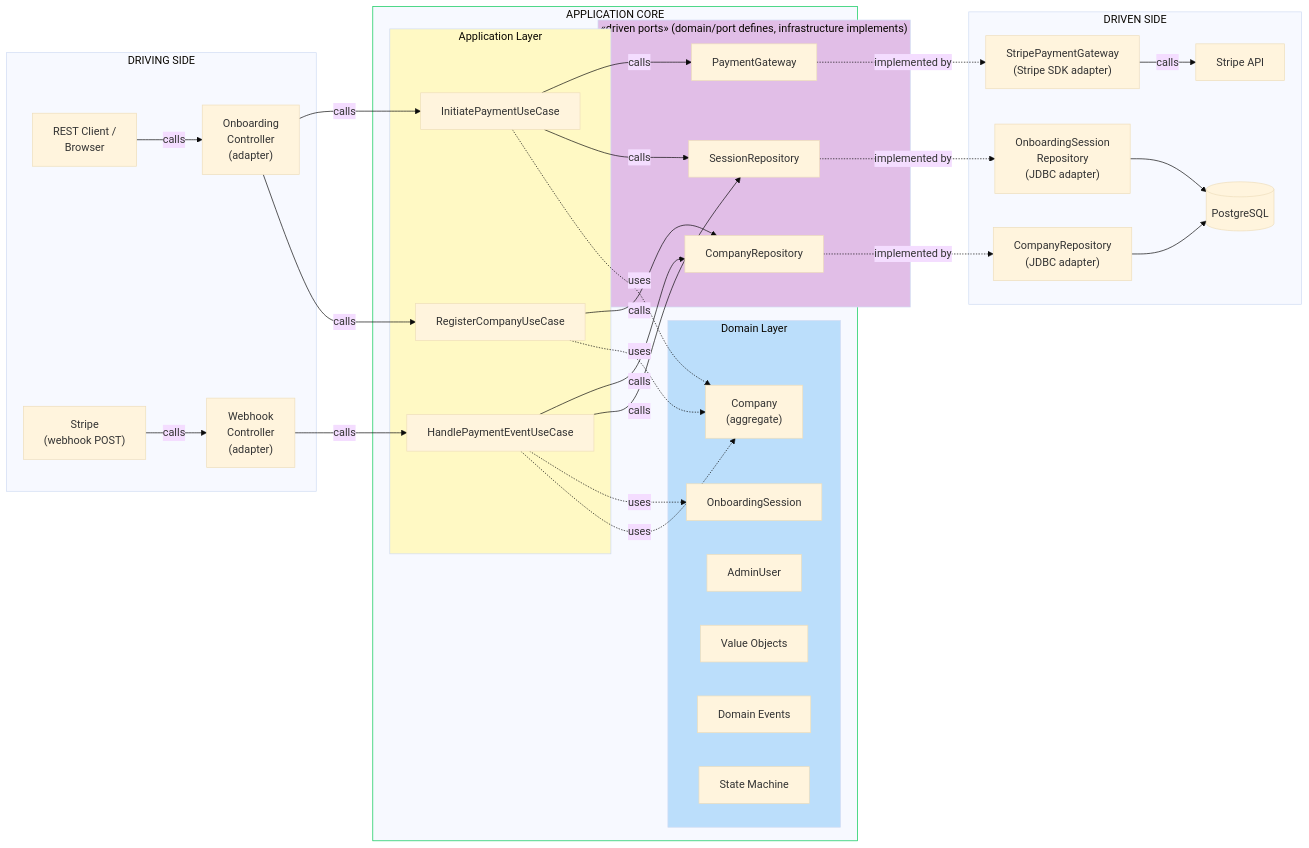
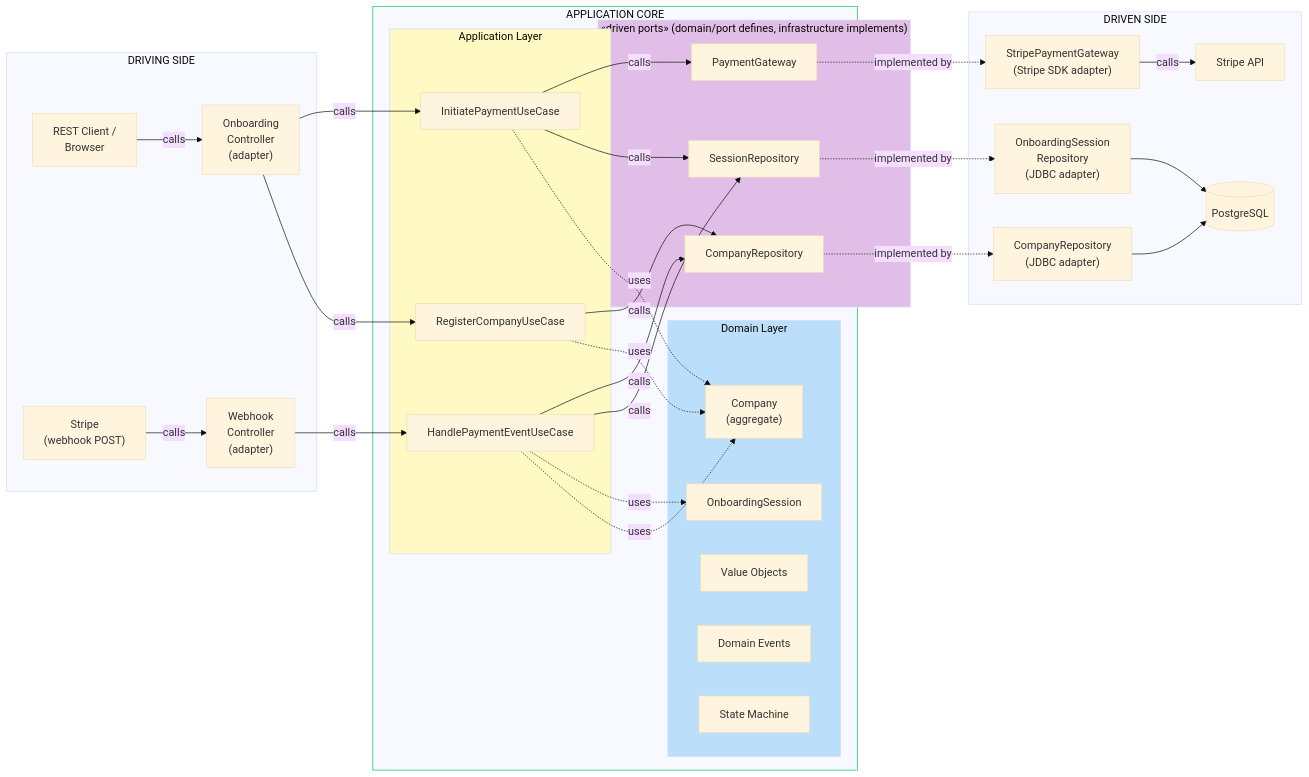
Before and after one commit to ginapaal/onboarding: the first of 2 diagrams in DESIGN.md, drawn with Mermaid (base theme). The commit also changed other lines of this file and 7 other files, not shown here.

````diff
--- a/DESIGN.md
+++ b/DESIGN.md
@@ -50,75 +49,74 @@
 ```mermaid
 flowchart LR
     subgraph drivingSide["DRIVING SIDE"]
         RestClient["REST Client /<br>Browser"]
         OnboardingCtrl["Onboarding<br>Controller<br>(adapter)"]
         WebhookCtrl["Webhook<br>Controller<br>(adapter)"]
         StripeWebhook["Stripe<br>(webhook POST)"]
     end
 
     subgraph appLayer["Application Layer"]
         RegisterUC["RegisterCompanyUseCase"]
         InitiatePaymentUC["InitiatePaymentUseCase"]
         HandlePaymentUC["HandlePaymentEventUseCase"]
     end
 
     subgraph domainLayer["Domain Layer"]
         CompanyAggregate["Company<br>(aggregate)"]
         SessionDomain["OnboardingSession"]
-        AdminUserDomain["AdminUser"]
         ValueObjects["Value Objects"]
         DomainEvents["Domain Events"]
         StateMachine["State Machine"]
     end
 
     subgraph drivenPorts["«driven ports» (domain/port defines, infrastructure implements)"]
         CompanyRepoPort["CompanyRepository"]
         SessionRepoPort["SessionRepository"]
         PaymentGateway["PaymentGateway"]
     end
 
     subgraph appCore["APPLICATION CORE"]
         appLayer
         domainLayer
         drivenPorts
     end
 
     subgraph drivenSide["DRIVEN SIDE"]
         CompanyRepoImpl["CompanyRepository<br>(JDBC adapter)"]
         SessionRepoImpl["OnboardingSession<br>Repository<br>(JDBC adapter)"]
         StripeGateway["StripePaymentGateway<br>(Stripe SDK adapter)"]
         PostgreSQL[("PostgreSQL")]
         StripeAPI["Stripe API"]
     end
 
     RestClient -- calls --> OnboardingCtrl
     StripeWebhook -- calls --> WebhookCtrl
     
     OnboardingCtrl -- calls --> RegisterUC
     OnboardingCtrl -- calls --> InitiatePaymentUC
     WebhookCtrl -- calls --> HandlePaymentUC
     
     RegisterUC -. uses .-> CompanyAggregate
     InitiatePaymentUC -. uses .-> CompanyAggregate
     HandlePaymentUC -. uses .-> CompanyAggregate
     HandlePaymentUC -. uses .-> SessionDomain
     
     RegisterUC -- calls --> CompanyRepoPort
     InitiatePaymentUC -- calls --> SessionRepoPort
     InitiatePaymentUC -- calls --> PaymentGateway
     HandlePaymentUC -- calls --> SessionRepoPort
     HandlePaymentUC -- calls --> CompanyRepoPort
     
     CompanyRepoPort -. implemented by .-> CompanyRepoImpl
     SessionRepoPort -. implemented by .-> SessionRepoImpl
     PaymentGateway -. implemented by .-> StripeGateway
     
     CompanyRepoImpl --> PostgreSQL
     SessionRepoImpl --> PostgreSQL
     StripeGateway -- calls --> StripeAPI
 
     style appLayer fill:#FFF9C4
     style domainLayer fill:#BBDEFB
     style drivenPorts fill:#E1BEE7
     style appCore stroke:#00C853
 ```
````
